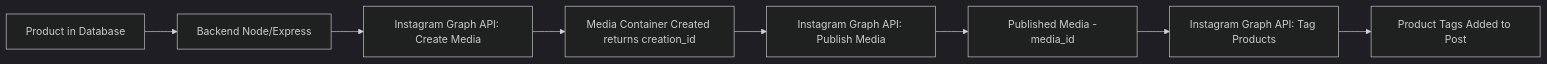
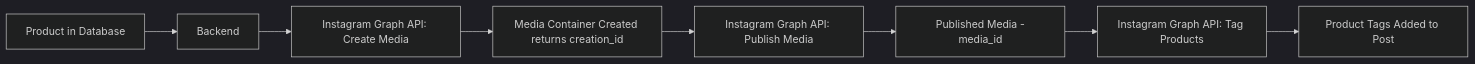
Before and after one commit to shenoyninad/portal-social-media-publishing: the diagram in portal-social-media-publishing.md, drawn with Mermaid (dark theme). The commit also changed other lines of this file, not shown here.

````diff
--- a/portal-social-media-publishing.md
+++ b/portal-social-media-publishing.md
@@ -16,10 +42,10 @@
 ```mermaid
 graph LR
-    A[Product in Database] --> B[Backend Node/Express]
+    A[Product in Database] --> B[Backend]
     B --> C[Instagram Graph API: Create Media]
     C --> D[Media Container Created returns creation_id]
     D --> E[Instagram Graph API: Publish Media]
     E --> F[Published Media -media_id]
     F --> G[Instagram Graph API: Tag Products]
     G --> H[Product Tags Added to Post]
 ```
````
